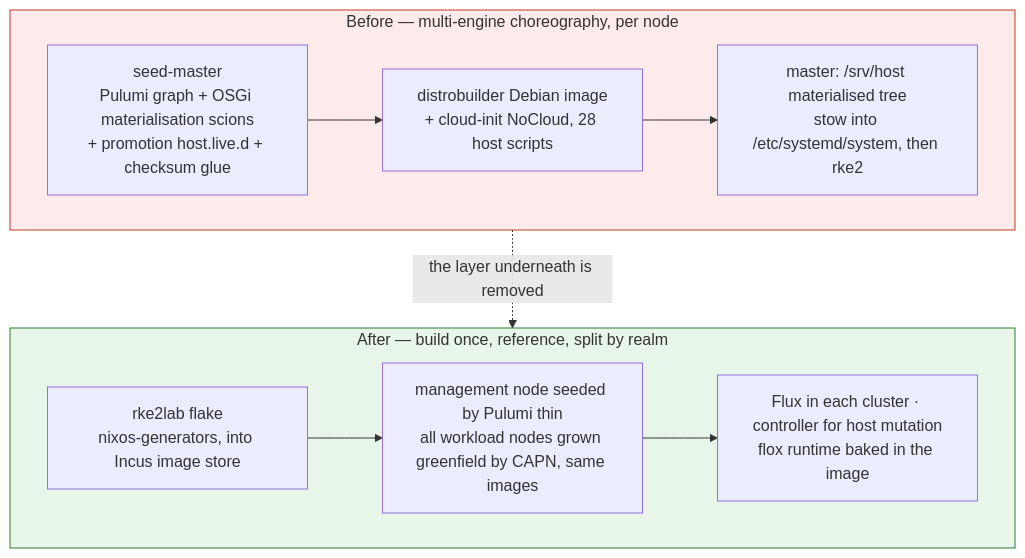
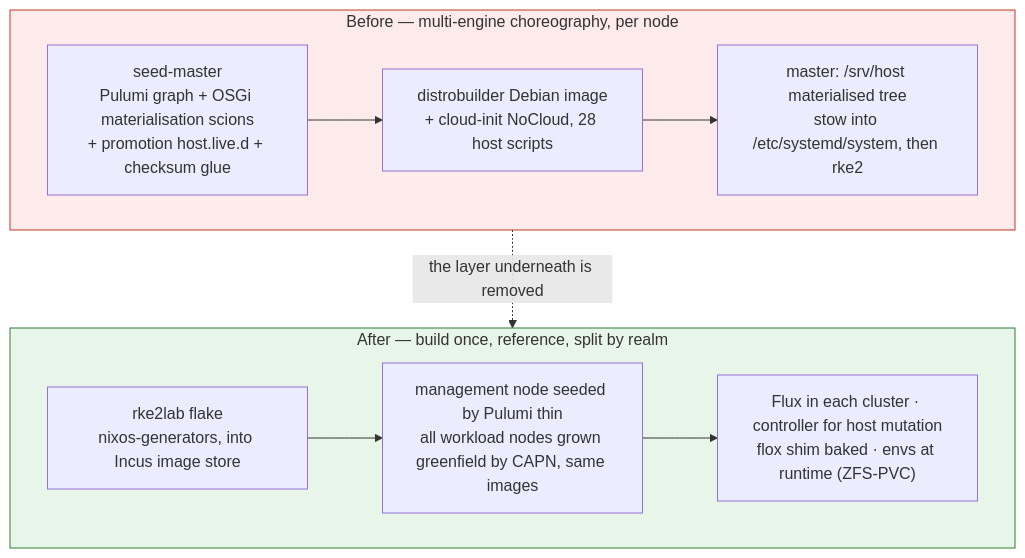
The first of 4 diagrams in docs/architecture/atlas/nixos-substrate.adoc (nxmatic/rke2lab), drawn with Mermaid before and after one commit. The commit also changed other lines of this file and 4 other files, not shown here.

First line of the commit message:
docs(flox): persist runtime env-delivery vision (envs → ZFS-PVC via reconciler)

```diff
--- a/docs/architecture/atlas/nixos-substrate.adoc
+++ b/docs/architecture/atlas/nixos-substrate.adoc
@@ -29,20 +29,20 @@
 [mermaid]
 ----
 flowchart TB
   subgraph BEFORE[Before — multi-engine choreography, per node]
     b1["seed-master<br/>Pulumi graph + OSGi materialisation scions<br/>+ promotion host.live.d + checksum glue"]
     b2["distrobuilder Debian image<br/>+ cloud-init NoCloud, 28 host scripts"]
     b3["master: /srv/host materialised tree<br/>stow into /etc/systemd/system, then rke2"]
     b1 --> b2 --> b3
   end
   subgraph AFTER[After — build once, reference, split by realm]
     a1["rke2lab flake<br/>nixos-generators, into Incus image store"]
     a2["management node seeded by Pulumi thin<br/>all workload nodes grown greenfield by CAPN, same images"]
-    a3["Flux in each cluster · controller for host mutation<br/>flox runtime baked in the image"]
+    a3["Flux in each cluster · controller for host mutation<br/>flox shim baked · envs at runtime (ZFS-PVC)"]
     a1 --> a2 --> a3
   end
   BEFORE -.the layer underneath is removed.-> AFTER
 
   style BEFORE fill:#fdeaea,stroke:#c0392b
   style AFTER fill:#e8f5e9,stroke:#2e7d32
 ----
```
